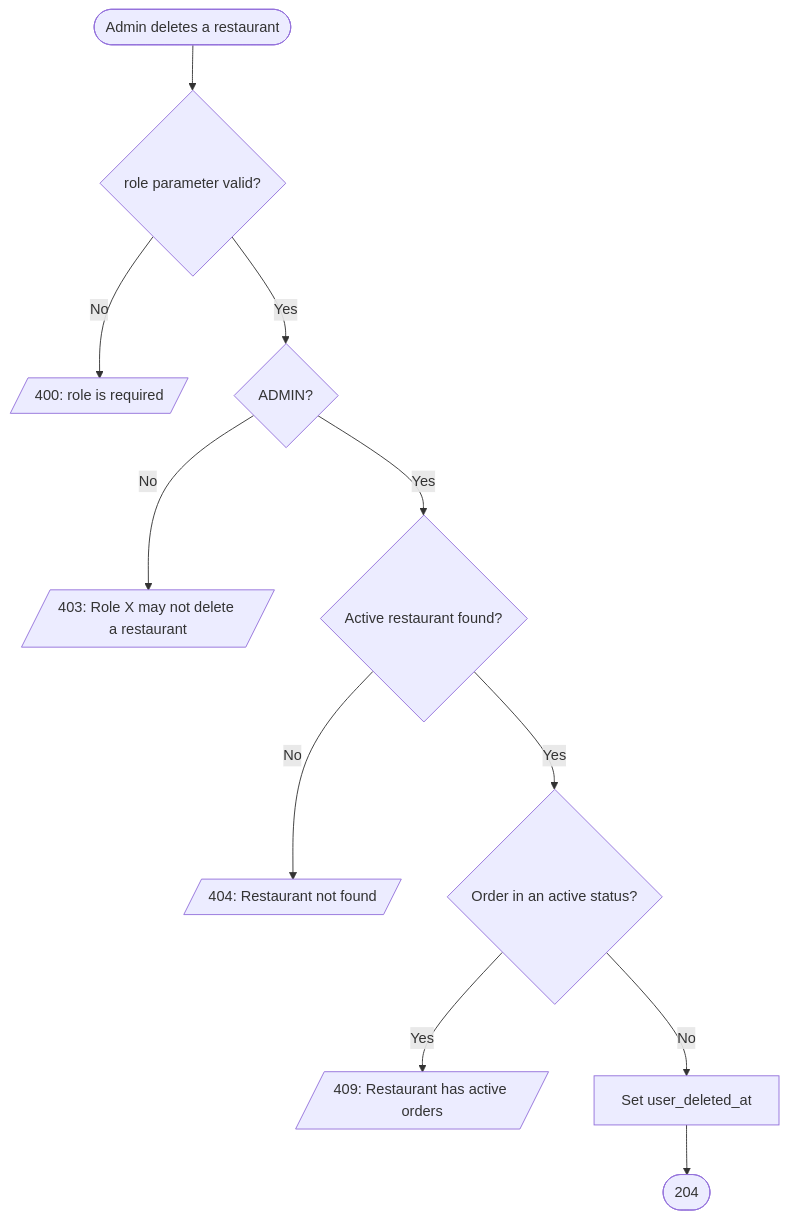
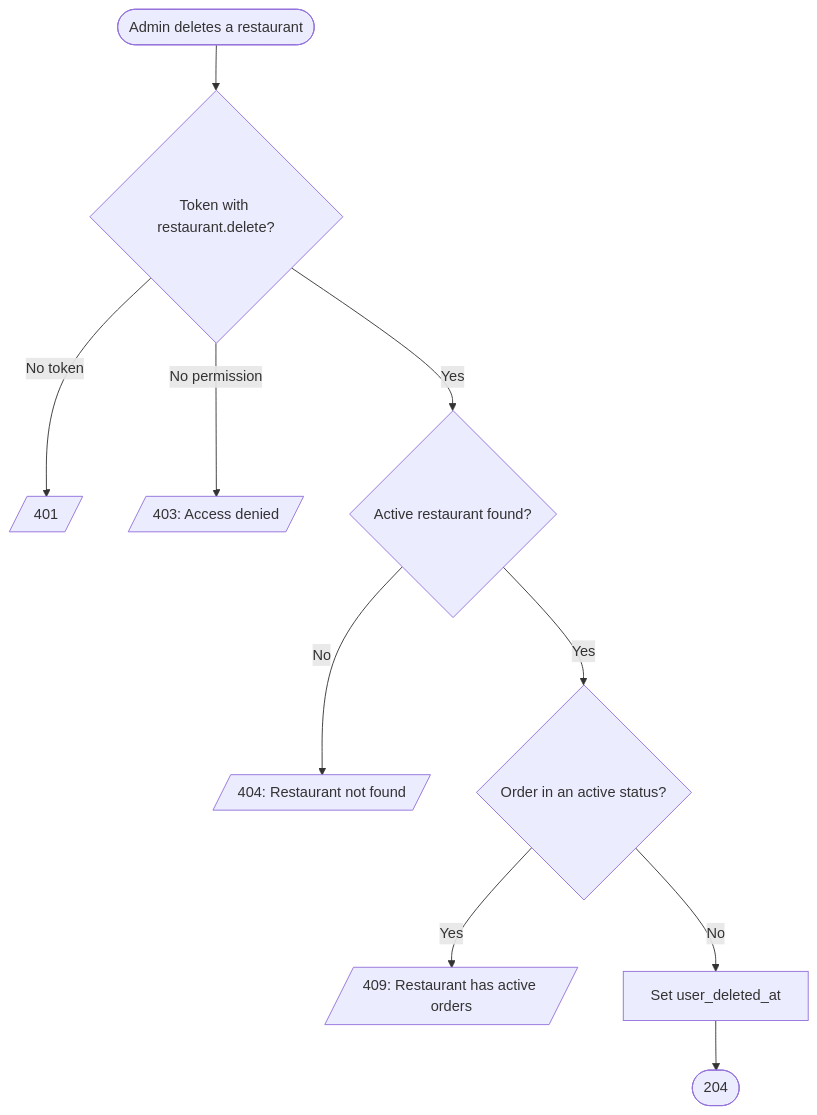
Before and after one commit to msmohammed0077-cmd/mentorship-restaurant: the first of 2 diagrams in restaurant/.docs/use-cases/restaurant-management/delete-restaurant/delete-restaurant.md, drawn with Mermaid. The commit also changed other lines of this file and 27 other files, not shown here.

````diff
--- a/restaurant/.docs/use-cases/restaurant-management/delete-restaurant/delete-restaurant.md
+++ b/restaurant/.docs/use-cases/restaurant-management/delete-restaurant/delete-restaurant.md
@@ -84,13 +87,12 @@
 ```mermaid
 flowchart TD
-    Start([Admin deletes a restaurant]) --> Valid{role parameter valid?}
-    Valid -- No --> R400[/400: role is required/]
-    Valid -- Yes --> Admin{ADMIN?}
-    Admin -- No --> R403[/403: Role X may not delete a restaurant/]
-    Admin -- Yes --> Found{Active restaurant found?}
+    Start([Admin deletes a restaurant]) --> Token{Token with restaurant.delete?}
+    Token -- No token --> R401[/401/]
+    Token -- No permission --> R403[/403: Access denied/]
+    Token -- Yes --> Found{Active restaurant found?}
     Found -- No --> R404[/404: Restaurant not found/]
     Found -- Yes --> Active{Order in an active status?}
     Active -- Yes --> R409[/409: Restaurant has active orders/]
     Active -- No --> Delete[Set user_deleted_at]
     Delete --> Done([204])
 ```
````
